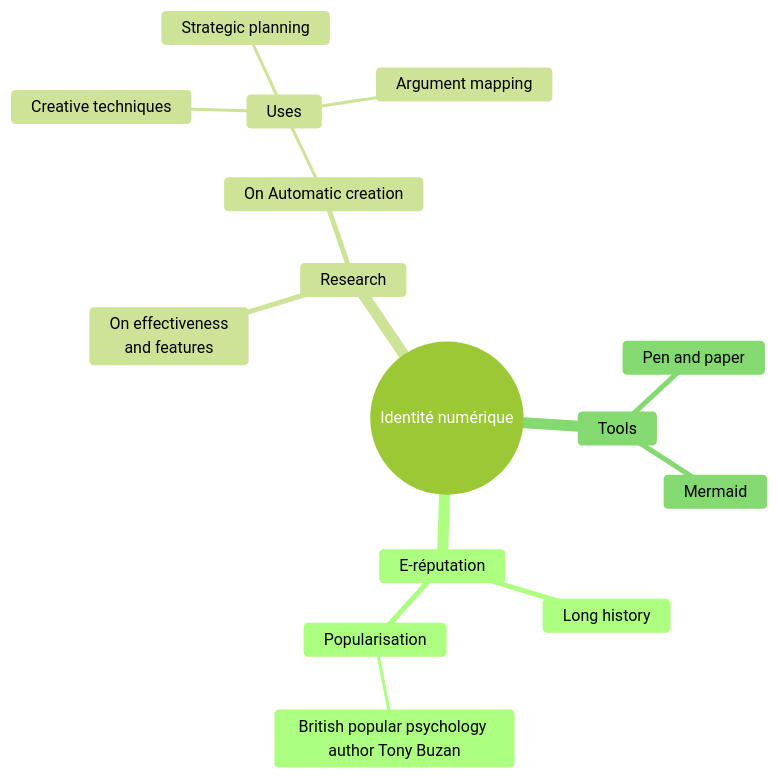
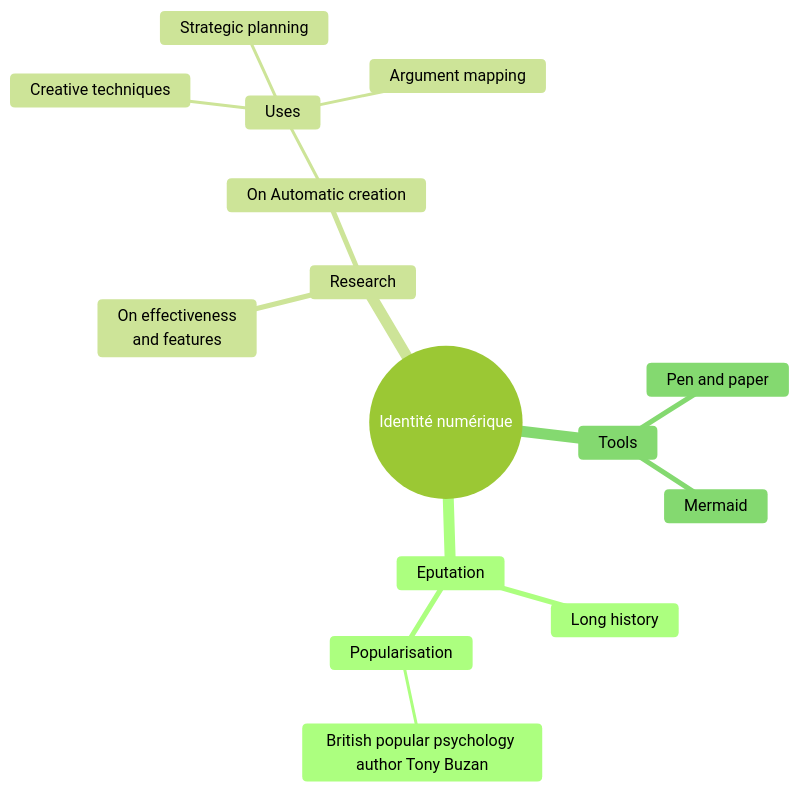
Before and after one commit to boddaert/snt: the diagram in seconde/Réseaux sociaux/Identite_numerique.md, drawn with Mermaid.

Commit message:
id numerique

````diff
--- a/seconde/Réseaux sociaux/Identite_numerique.md
+++ b/seconde/Réseaux sociaux/Identite_numerique.md
@@ -7,20 +7,20 @@
 ```mermaid
 %%{init: { 'logLevel': 'debug', 'theme': 'forest'}}%%
 mindmap
   root((Identité numérique))
-    E-réputation
+    Eputation
       Long history
       ::icon(fa fa-book)
       Popularisation
         British popular psychology author Tony Buzan
     Research
       On effectiveness<br/>and features
       On Automatic creation
         Uses
             Creative techniques
             Strategic planning
             Argument mapping
     Tools
       Pen and paper
       Mermaid
 ```
````
